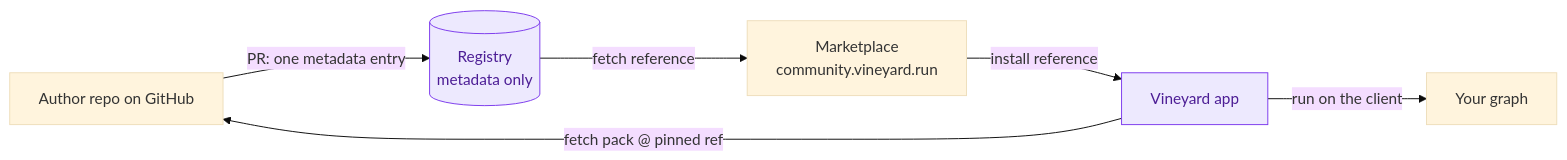
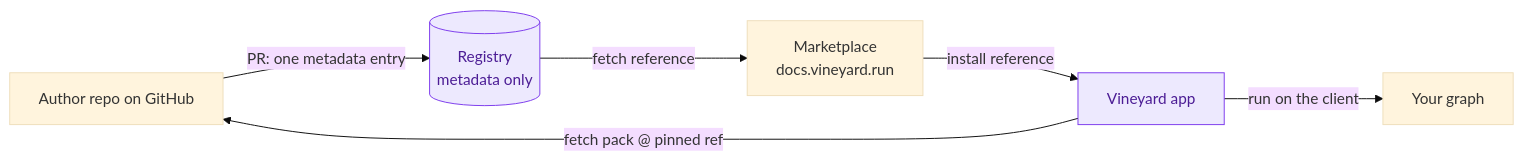
The diagram in docs/index.md (Vineyard-Intelligence/documentation), drawn with Mermaid (base theme) before and after one commit. The commit also changed 100 other files, not shown here.

````diff
--- a/docs/index.md
+++ b/docs/index.md
@@ -48,10 +48,10 @@
 ```mermaid
 flowchart LR
     A[Author repo on GitHub] -->|PR: one metadata entry| B[(Registry<br/>metadata only)]
-    B -->|fetch reference| C[Marketplace<br/>community.vineyard.run]
+    B -->|fetch reference| C[Marketplace<br/>docs.vineyard.run]
     C -->|install reference| D[Vineyard app]
     D -->|fetch pack @ pinned ref| A
     D -->|run on the client| E[Your graph]
     style B fill:#ede9fe,stroke:#7c3aed,color:#4c1d95
     style D fill:#ede9fe,stroke:#7c3aed,color:#4c1d95
 ```
````
